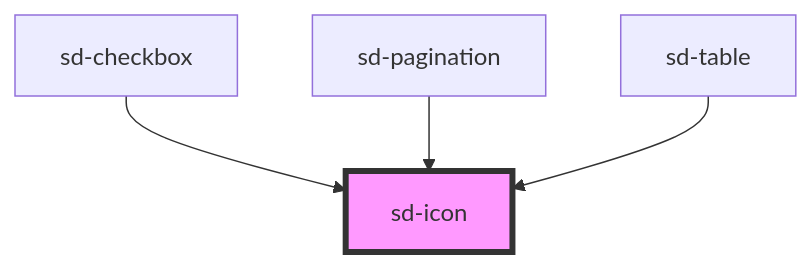
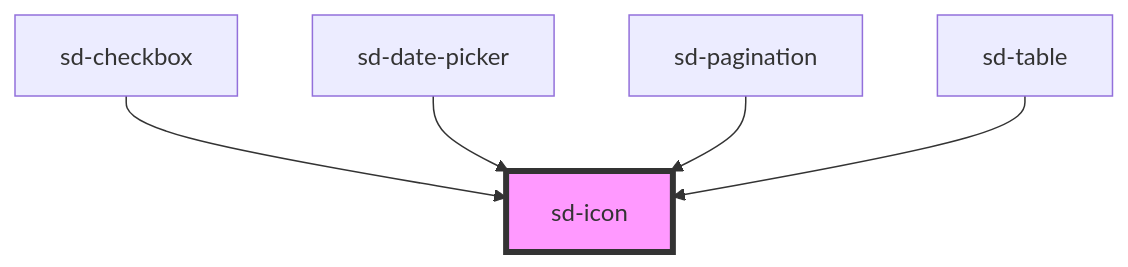
The diagram in packages/stencil/src/components/sd-icon/readme.md (kmeijjing/stencil-test), drawn with Mermaid before and after one commit. The commit also changed other lines of this file and 9 other files, not shown here.

Commit message:
feat: add Date icon and integrate into Icons; update sd-date-picker component and README for better documentation

````diff
--- a/packages/stencil/src/components/sd-icon/readme.md
+++ b/packages/stencil/src/components/sd-icon/readme.md
@@ -26,7 +27,8 @@
 ```mermaid
 graph TD;
   sd-checkbox --> sd-icon
+  sd-date-picker --> sd-icon
   sd-pagination --> sd-icon
   sd-table --> sd-icon
   style sd-icon fill:#f9f,stroke:#333,stroke-width:4px
 ```
````
